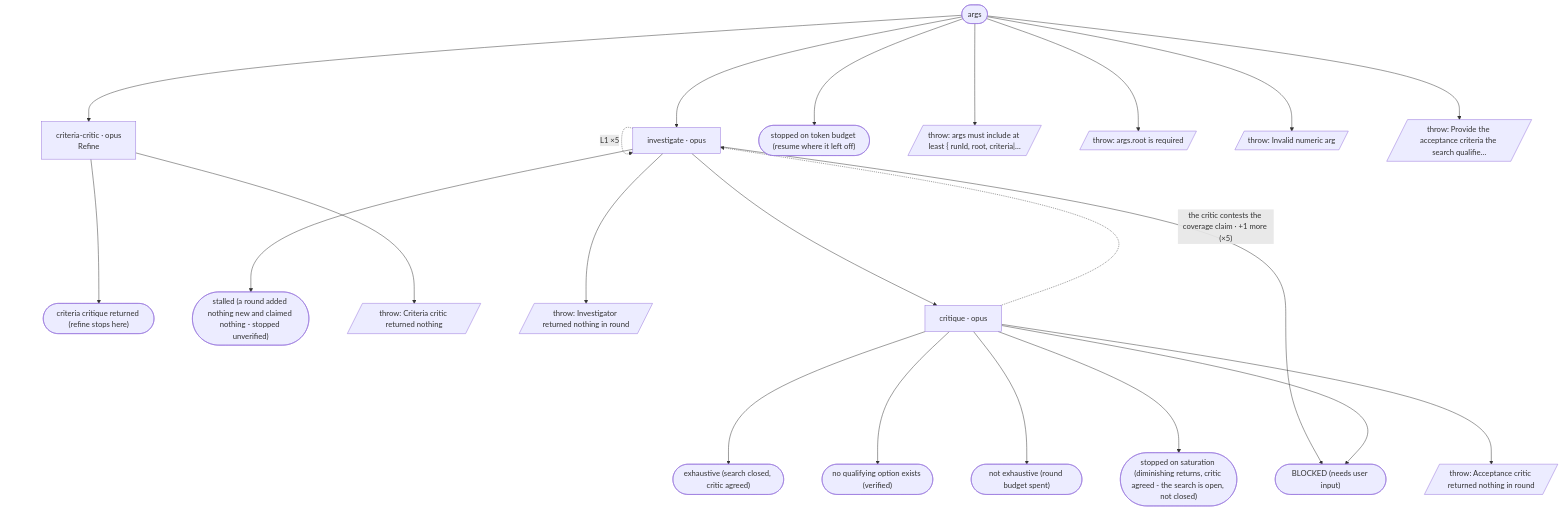
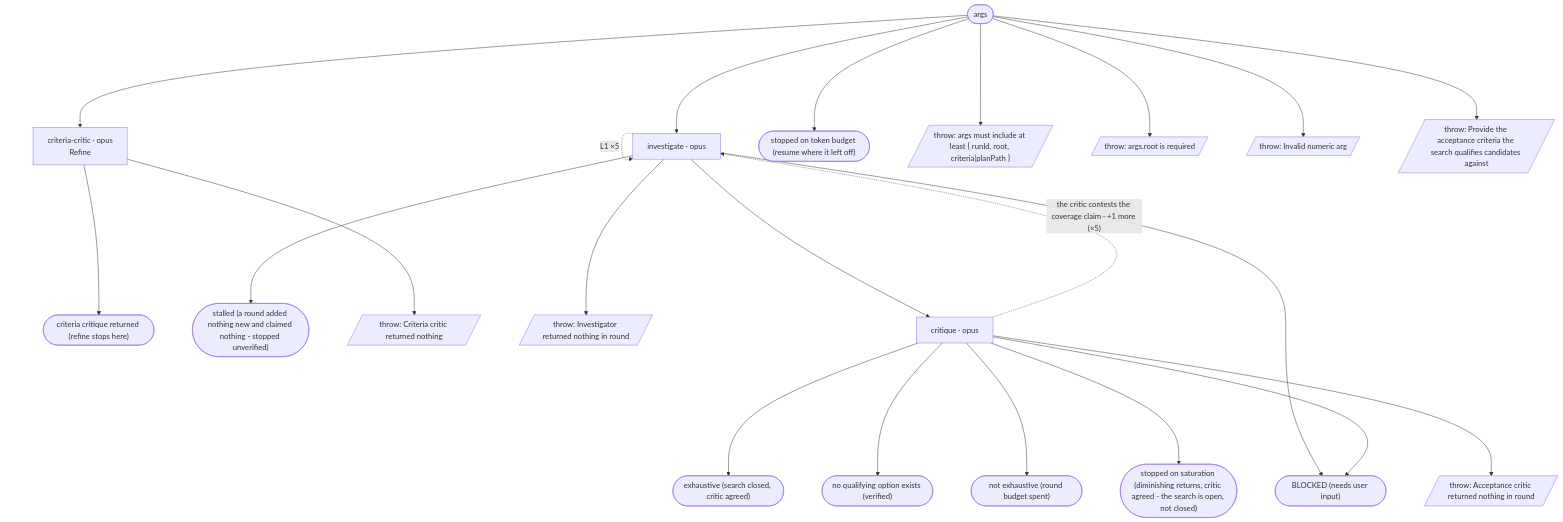
One commit to Blakeem/aipromptguide-workflows changed the diagram in workflows/investigate/FLOW.md. Above: the diagram before and after it, drawn with Mermaid. The commit also changed other lines of this file and 11 other files, not shown here.

Commit message:
cleaned up flow files for display on website

````diff
--- a/workflows/investigate/FLOW.md
+++ b/workflows/investigate/FLOW.md
@@ -8,44 +8,44 @@
 ```mermaid
 %%{init: {"flowchart": {"nodeSpacing": 80, "rankSpacing": 200}}}%%
 flowchart TD
   S0(["args"])
   a1["criteria-critic · opus<br/>Refine"]
   a2["investigate · opus"]
   a3["critique · opus"]
   t1(["criteria critique returned (refine stops here)"])
   t2(["exhaustive (search closed, critic agreed)"])
   t3(["no qualifying option exists (verified)"])
   t4(["not exhaustive (round budget spent)"])
   t5(["stopped on saturation (diminishing returns, critic agreed - the search is open, not closed)"])
   t6(["stalled (a round added nothing new and claimed nothing - stopped unverified)"])
   t7(["stopped on token budget (resume where it left off)"])
   t8(["BLOCKED (needs user input)"])
-  x1[/"throw: args must include at least { runId, root, criteria#124;…"/]
+  x1[/"throw: args must include at least { runId, root, criteria#124;planPath }"/]
   x2[/"throw: args.root is required"/]
   x3[/"throw: Invalid numeric arg"/]
-  x4[/"throw: Provide the acceptance criteria the search qualifie…"/]
+  x4[/"throw: Provide the acceptance criteria the search qualifies candidates against"/]
   x5[/"throw: Criteria critic returned nothing"/]
   x6[/"throw: Investigator returned nothing in round"/]
   x7[/"throw: Acceptance critic returned nothing in round"/]
   S0 --> a1
   S0 --> a2
   S0 --> t7
   S0 --> x1
   S0 --> x2
   S0 --> x3
   S0 --> x4
   a1 --> t1
   a1 --> x5
   a2 -.->|"L1 ×5"| a2
   a2 --> a3
   a2 --> t6
   a2 --> t8
   a2 --> x6
   a3 -.->|"the critic contests the coverage claim · +1 more (×5)"| a2
   a3 --> t2
   a3 --> t3
   a3 --> t4
   a3 --> t5
   a3 --> t8
   a3 --> x7
 ```
````
